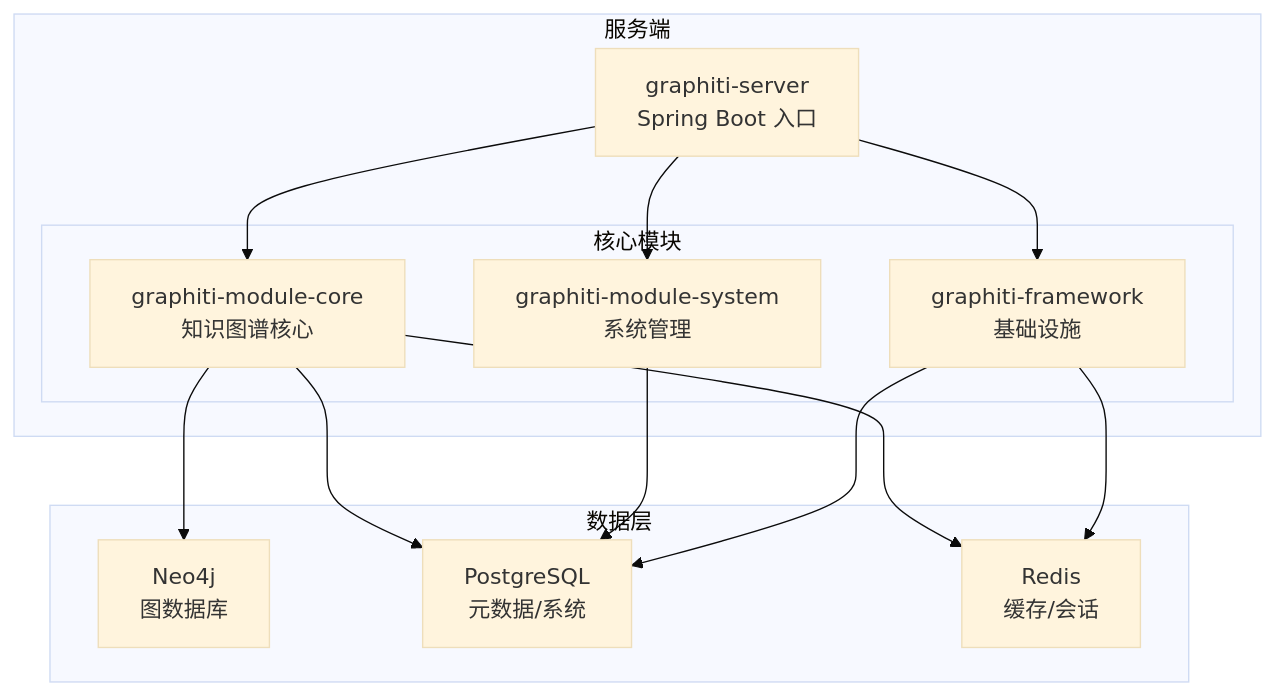
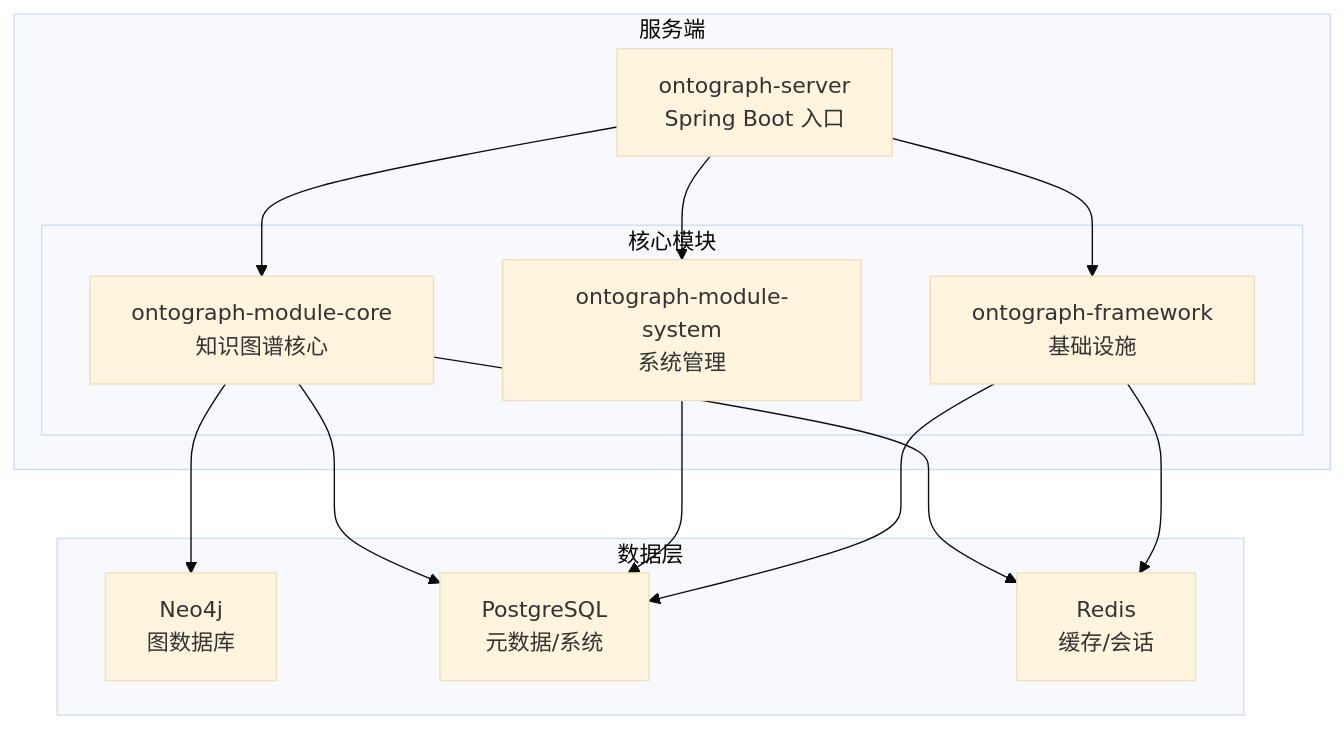
One commit to joezxh/graphiti-java changed the first of 8 diagrams in docs/manual/项目概述/项目概述.md. Above: the diagram before and after it, drawn with Mermaid (base theme). The commit also changed other lines of this file and 200 other files, not shown here.

````diff
--- a/docs/manual/项目概述/项目概述.md
+++ b/docs/manual/项目概述/项目概述.md
@@ -74,25 +74,25 @@
 ```mermaid
 graph TB
 subgraph "服务端"
-S["graphiti-server<br/>Spring Boot 入口"]
+S["ontograph-server<br/>Spring Boot 入口"]
 subgraph "核心模块"
-CORE["graphiti-module-core<br/>知识图谱核心"]
-SYS["graphiti-module-system<br/>系统管理"]
-FRAME["graphiti-framework<br/>基础设施"]
+CORE["ontograph-module-core<br/>知识图谱核心"]
+SYS["ontograph-module-system<br/>系统管理"]
+FRAME["ontograph-framework<br/>基础设施"]
 end
 end
 subgraph "数据层"
 N4J["Neo4j<br/>图数据库"]
 PG["PostgreSQL<br/>元数据/系统"]
 REDIS["Redis<br/>缓存/会话"]
 end
 S --> CORE
 S --> SYS
 S --> FRAME
 CORE --> N4J
 CORE --> PG
 CORE --> REDIS
 SYS --> PG
 FRAME --> PG
 FRAME --> REDIS
 ```
````
